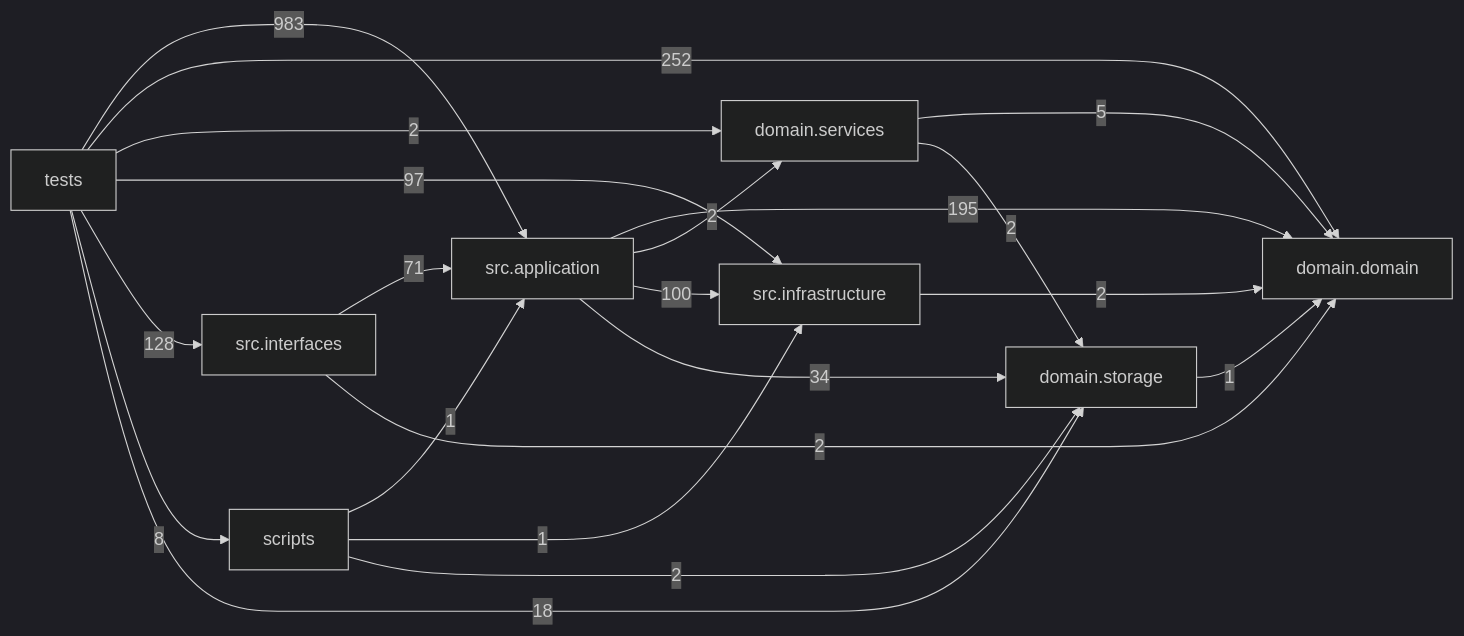
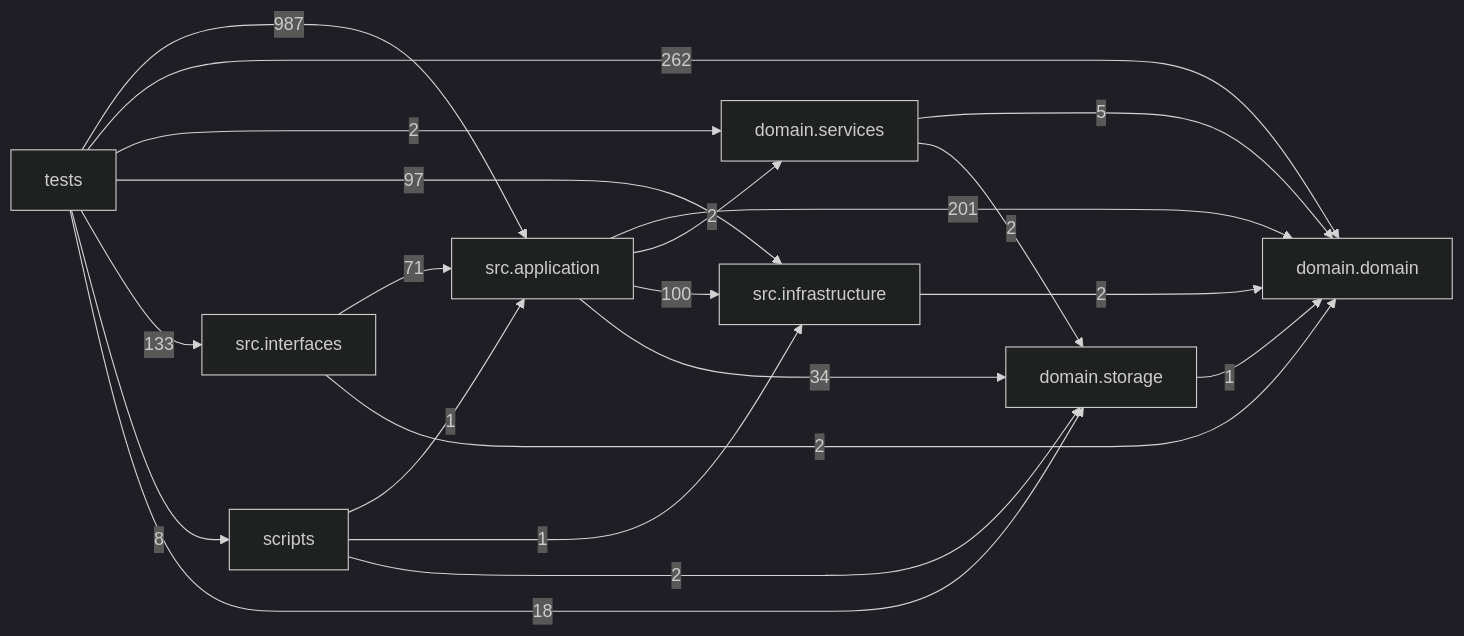
The diagram in docs/DEPENDENCY_GRAPH.md (liuxie066/options-monitor), drawn with Mermaid (dark theme) before and after one commit. The commit also changed other lines of this file and 24 other files, not shown here.

````diff
--- a/docs/DEPENDENCY_GRAPH.md
+++ b/docs/DEPENDENCY_GRAPH.md
@@ -24,31 +24,31 @@
 ```mermaid
 flowchart LR
   tests["tests"]
   scripts["scripts"]
   interfaces["src.interfaces"]
   application["src.application"]
   infrastructure["src.infrastructure"]
   domain_services["domain.services"]
   domain["domain.domain"]
   storage["domain.storage"]
-  application -->|195| domain
+  application -->|201| domain
   application -->|2| domain_services
   application -->|100| infrastructure
   application -->|34| storage
   domain_services -->|5| domain
   domain_services -->|2| storage
   infrastructure -->|2| domain
   interfaces -->|71| application
   interfaces -->|2| domain
   scripts -->|1| application
   scripts -->|1| infrastructure
   scripts -->|2| storage
   storage -->|1| domain
-  tests -->|983| application
-  tests -->|252| domain
+  tests -->|987| application
+  tests -->|262| domain
   tests -->|2| domain_services
   tests -->|97| infrastructure
-  tests -->|128| interfaces
+  tests -->|133| interfaces
   tests -->|8| scripts
   tests -->|18| storage
 ```
````
